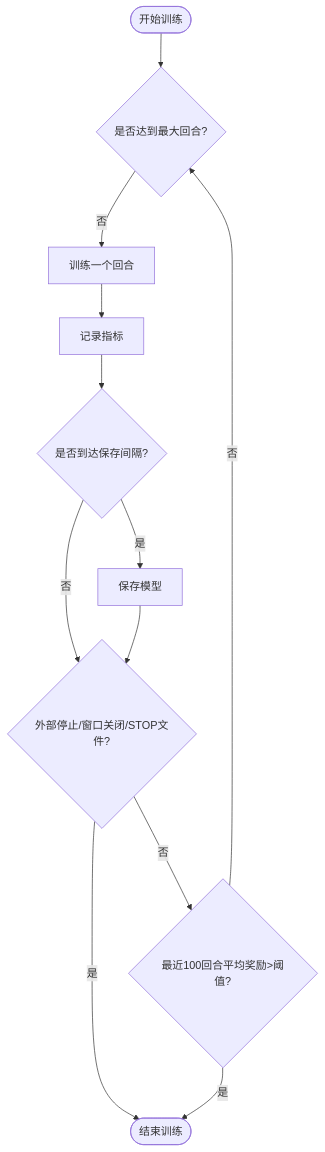
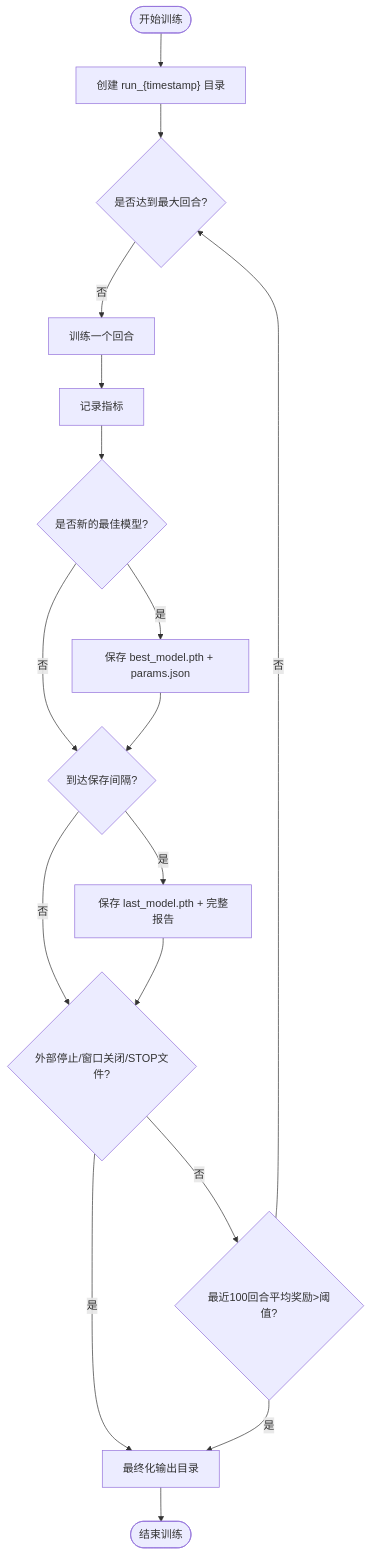
One commit to fuweiq94-cloud/3399180760000 changed the sixth of 8 diagrams in .qoder/repowiki/zh/content/演示和测试/可视化报告系统.md. Above: the diagram before and after it, drawn with Mermaid. The commit also changed other lines of this file and 75 other files, not shown here.

````diff
--- a/.qoder/repowiki/zh/content/演示和测试/可视化报告系统.md
+++ b/.qoder/repowiki/zh/content/演示和测试/可视化报告系统.md
@@ -241,14 +262,19 @@
 ```mermaid
 flowchart TD
-S(["开始训练"]) --> Loop{"是否达到最大回合?"}
+S(["开始训练"]) --> CreateDir["创建 run_{timestamp} 目录"]
+CreateDir --> Loop{"是否达到最大回合?"}
 Loop --> |否| Episode["训练一个回合"]
 Episode --> Metrics["记录指标"]
-Metrics --> Save{"是否到达保存间隔?"}
-Save --> |是| SaveModel["保存模型"]
-Save --> |否| CheckStop{"外部停止/窗口关闭/STOP文件?"}
-SaveModel --> CheckStop
-CheckStop --> |是| End(["结束训练"])
+Metrics --> BestCheck{"是否新的最佳模型?"}
+BestCheck --> |是| SaveBest["保存 best_model.pth + params.json"]
+BestCheck --> |否| AutoSave{"到达保存间隔?"}
+SaveBest --> AutoSave
+AutoSave --> |是| SaveLast["保存 last_model.pth + 完整报告"]
+AutoSave --> |否| CheckStop{"外部停止/窗口关闭/STOP文件?"}
+SaveLast --> CheckStop
+CheckStop --> |是| Finalize["最终化输出目录"]
 CheckStop --> |否| Convergence{"最近100回合平均奖励>阈值?"}
-Convergence --> |是| End
+Convergence --> |是| Finalize
 Convergence --> |否| Loop
+Finalize --> End(["结束训练"])
 ```
````
